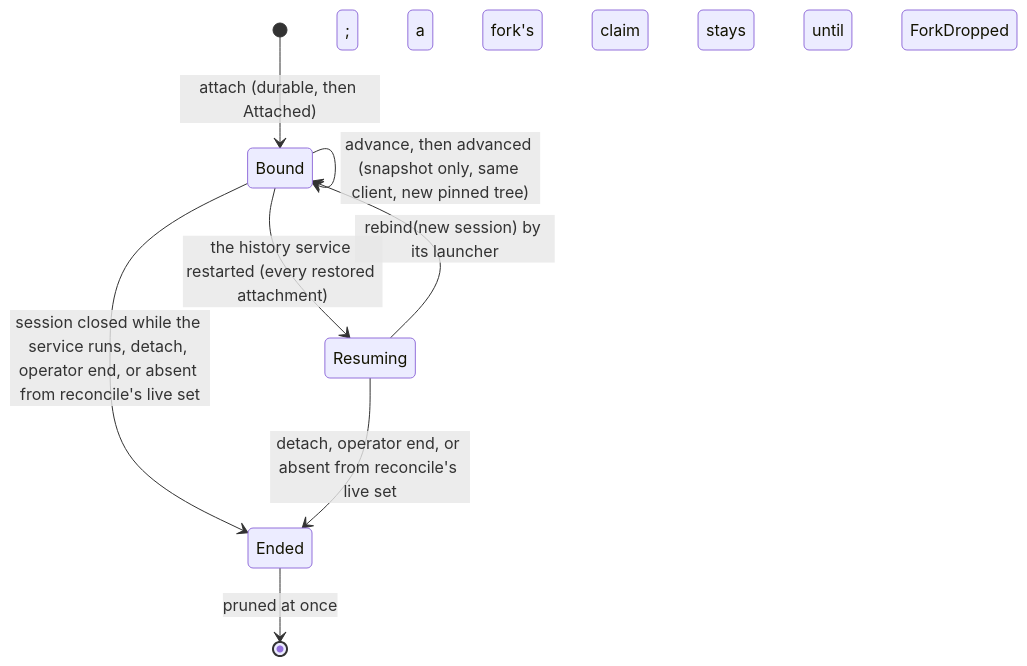
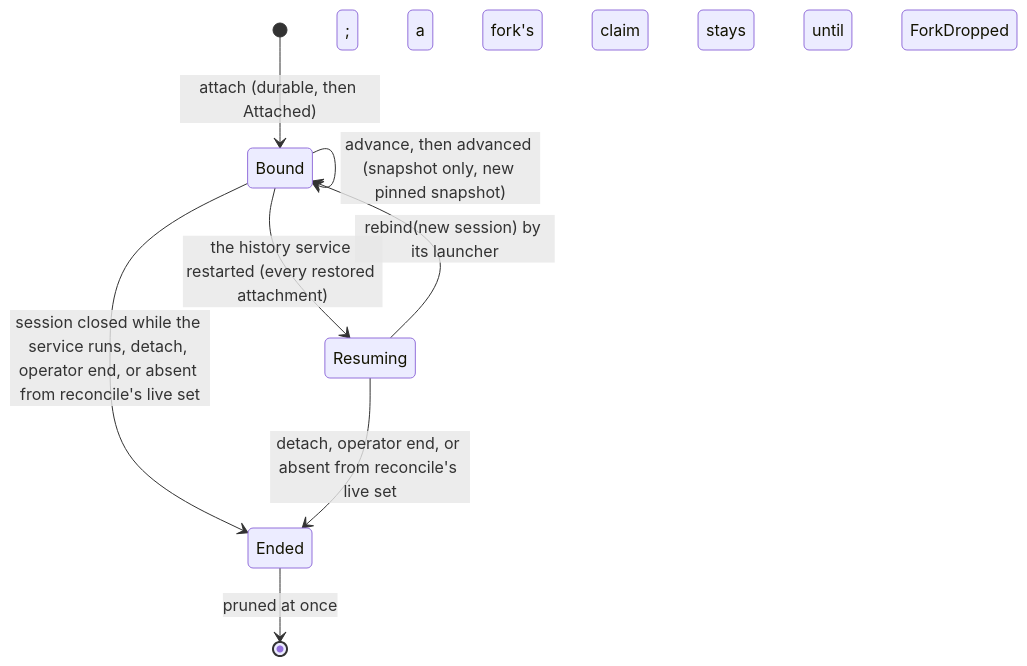
One commit to mcurcio/agentfs changed the diagram in docs/target-architecture/domains/clients.md. Above: the diagram before and after it, drawn with Mermaid. The commit also changed other lines of this file and 14 other files, not shown here.

First line of the commit message:
docs(target-architecture): cut the system and domain pages to the git model

````diff
--- a/docs/target-architecture/domains/clients.md
+++ b/docs/target-architecture/domains/clients.md
@@ -67,10 +48,10 @@
 ```mermaid
 stateDiagram-v2
   [*] --> Bound: attach (durable, then Attached)
-  Bound --> Bound: advance, then advanced (snapshot only, same client, new pinned tree)
+  Bound --> Bound: advance, then advanced (snapshot only, new pinned snapshot)
   Bound --> Resuming: the history service restarted (every restored attachment)
   Resuming --> Bound: rebind(new session) by its launcher
   Bound --> Ended: session closed while the service runs, detach, operator end, or absent from reconcile's live set
   Resuming --> Ended: detach, operator end, or absent from reconcile's live set
   Ended --> [*]: pruned at once; a fork's claim stays until ForkDropped
 ```
````
